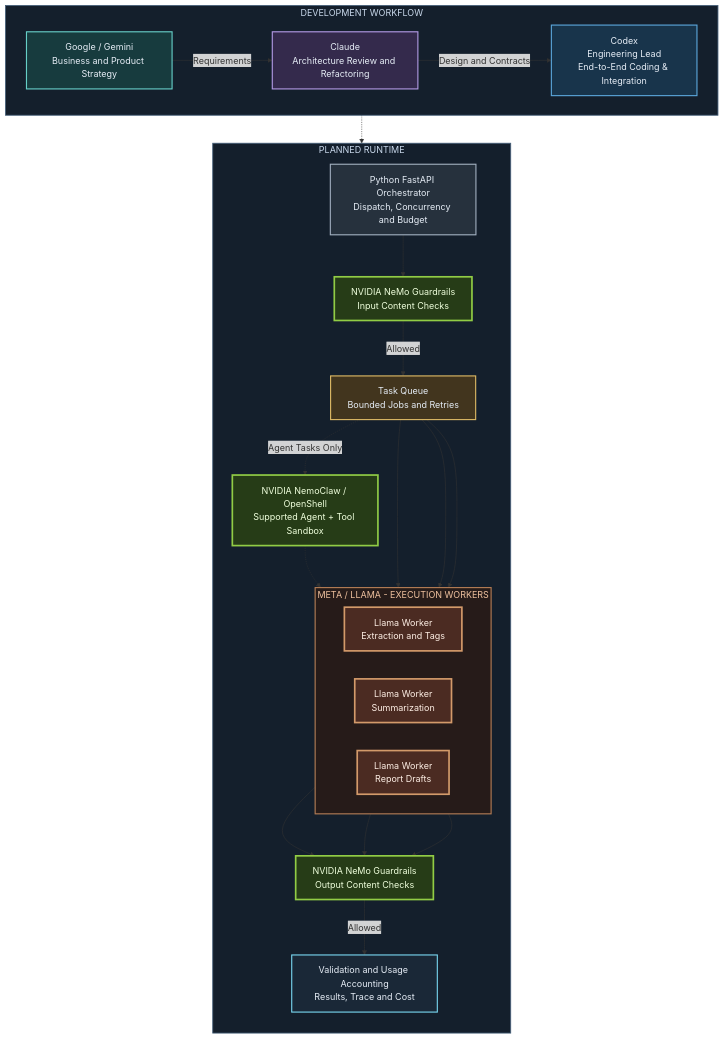
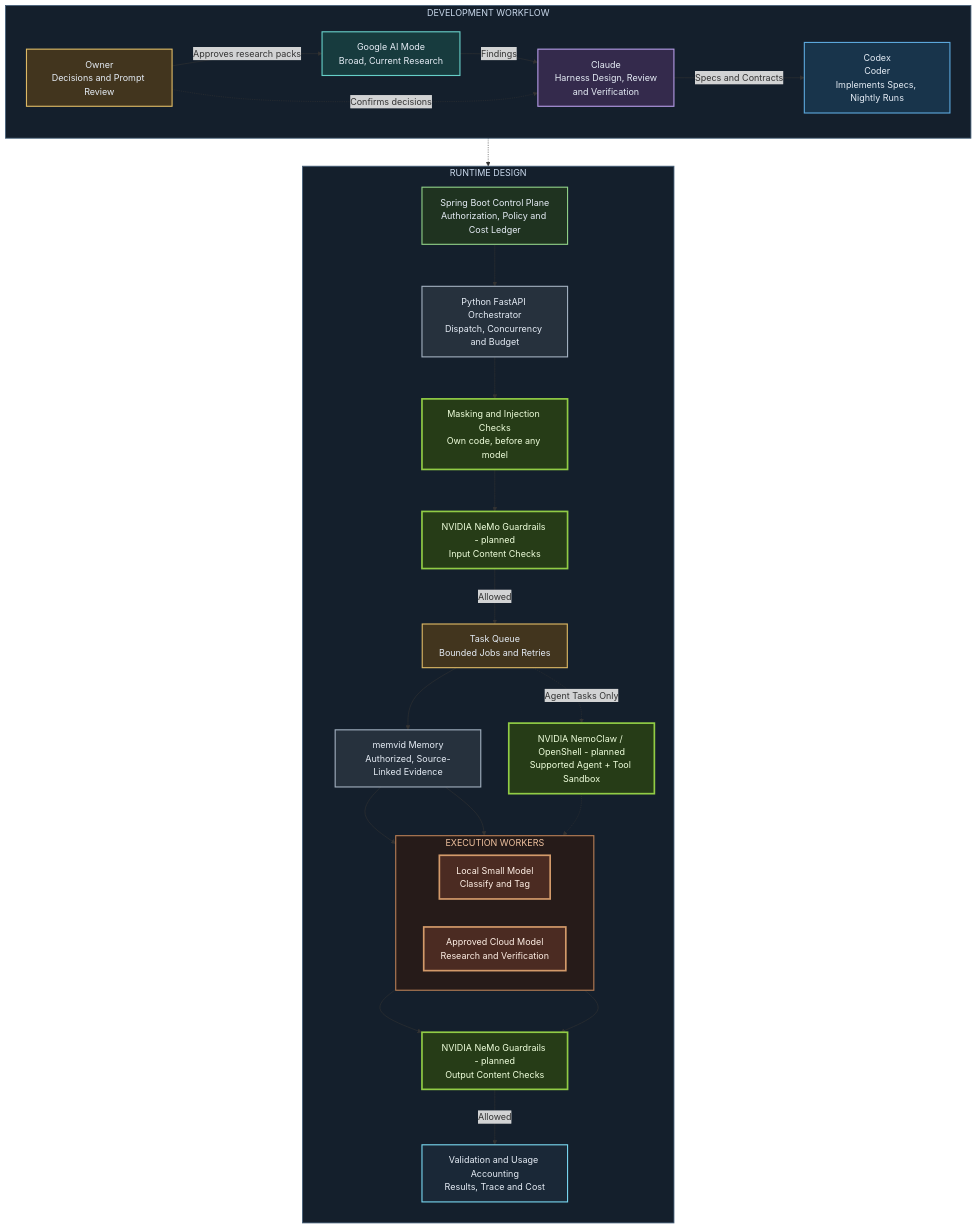
Before and after one commit to ai-agent-orchestrator/ai-multi-agent-orchestration: the diagram in assets/diagrams/orchestration-architecture-dark.mmd, drawn with Mermaid. The commit also changed 5 other files, not shown here.

First line of the commit message:
docs: 초기 아키텍처 다이어그램을 현재 설계에 맞게 갱신

```diff
--- a/assets/diagrams/orchestration-architecture-dark.mmd
+++ b/assets/diagrams/orchestration-architecture-dark.mmd
@@ -1,57 +1,64 @@
 flowchart TB
     subgraph Development["DEVELOPMENT WORKFLOW"]
         direction LR
-        Google["Google / Gemini<br/>Business and Product Strategy"]
-        Claude["Claude<br/>Architecture Review and Refactoring"]
-        Codex["Codex<br/>Engineering Lead<br/>End-to-End Coding & Integration"]
-        Google -->|"Requirements"| Claude
-        Claude -->|"Design and Contracts"| Codex
+        Owner["Owner<br/>Decisions and Prompt Review"]
+        Google["Google AI Mode<br/>Broad, Current Research"]
+        Claude["Claude<br/>Harness Design, Review<br/>and Verification"]
+        Codex["Codex<br/>Coder<br/>Implements Specs, Nightly Runs"]
+        Owner -->|"Approves research packs"| Google
+        Google -->|"Findings"| Claude
+        Claude -->|"Specs and Contracts"| Codex
+        Owner -.->|"Confirms decisions"| Claude
     end
 
-    Codex -.-> Python
+    Codex -.-> Spring
 
-    subgraph Runtime["PLANNED RUNTIME"]
+    subgraph Runtime["RUNTIME DESIGN"]
         direction TB
+        Spring["Spring Boot Control Plane<br/>Authorization, Policy and Cost Ledger"]
         Python["Python FastAPI Orchestrator<br/>Dispatch, Concurrency and Budget"]
-        InputRails["NVIDIA NeMo Guardrails<br/>Input Content Checks"]
+        Mask["Masking and Injection Checks<br/>Own code, before any model"]
+        InputRails["NVIDIA NeMo Guardrails - planned<br/>Input Content Checks"]
         Queue["Task Queue<br/>Bounded Jobs and Retries"]
-        Sandbox["NVIDIA NemoClaw / OpenShell<br/>Supported Agent + Tool Sandbox"]
-        subgraph Workers["META / LLAMA - EXECUTION WORKERS"]
+        Memory["memvid Memory<br/>Authorized, Source-Linked Evidence"]
+        Sandbox["NVIDIA NemoClaw / OpenShell - planned<br/>Supported Agent + Tool Sandbox"]
+        subgraph Workers["EXECUTION WORKERS"]
             direction LR
-            W1["Llama Worker<br/>Extraction and Tags"]
-            W2["Llama Worker<br/>Summarization"]
-            W3["Llama Worker<br/>Report Drafts"]
+            W1["Local Small Model<br/>Classify and Tag"]
+            W2["Approved Cloud Model<br/>Research and Verification"]
         end
         Validate["Validation and Usage Accounting<br/>Results, Trace and Cost"]
-        OutputRails["NVIDIA NeMo Guardrails<br/>Output Content Checks"]
-        Python --> InputRails -->|"Allowed"| Queue
+        OutputRails["NVIDIA NeMo Guardrails - planned<br/>Output Content Checks"]
+        Spring --> Python --> Mask --> InputRails -->|"Allowed"| Queue
+        Queue --> Memory
+        Memory --> W1
+        Memory --> W2
         Queue -.->|"Agent Tasks Only"| Sandbox
         Sandbox -.-> W2
-        Queue --> W1
-        Queue --> W2
-        Queue --> W3
         W1 --> OutputRails
         W2 --> OutputRails
-        W3 --> OutputRails
         OutputRails -->|"Allowed"| Validate
     end
 
     classDef strategy fill:#173b3e,stroke:#66cfc8,stroke-width:2px,color:#e6edf6
     classDef architecture fill:#342a4c,stroke:#b39ae5,stroke-width:2px,color:#e6edf6
     classDef engineering fill:#18344b,stroke:#5ba7db,stroke-width:2px,color:#e6edf6
     classDef python fill:#26313d,stroke:#a1afbf,stroke-width:2px,color:#e6edf6
+    classDef java fill:#1f3320,stroke:#8fcf86,stroke-width:2px,color:#e6edf6
     classDef nvidia fill:#263c17,stroke:#91cc45,stroke-width:3px,color:#efffdc
     classDef worker fill:#4b2b22,stroke:#d39a6a,stroke-width:3px,color:#fff0e6
     classDef control fill:#42351e,stroke:#ddb965,stroke-width:2px,color:#e6edf6
     classDef result fill:#1a2837,stroke:#78d5ef,stroke-width:2px,color:#e6edf6
+    class Owner control
     class Google strategy
     class Claude architecture
     class Codex engineering
-    class Python python
-    class InputRails,OutputRails,Sandbox nvidia
+    class Spring java
+    class Python,Memory python
+    class Mask,InputRails,OutputRails,Sandbox nvidia
     class Queue control
-    class W1,W2,W3 worker
+    class W1,W2 worker
     class Validate result
     style Development fill:#141f2c,stroke:#455f79,stroke-width:1.5px,color:#c9d8eb
     style Runtime fill:#141f2c,stroke:#455f79,stroke-width:1.5px,color:#c9d8eb
     style Workers fill:#261b19,stroke:#b57d55,stroke-width:2px,color:#efc19e
```
